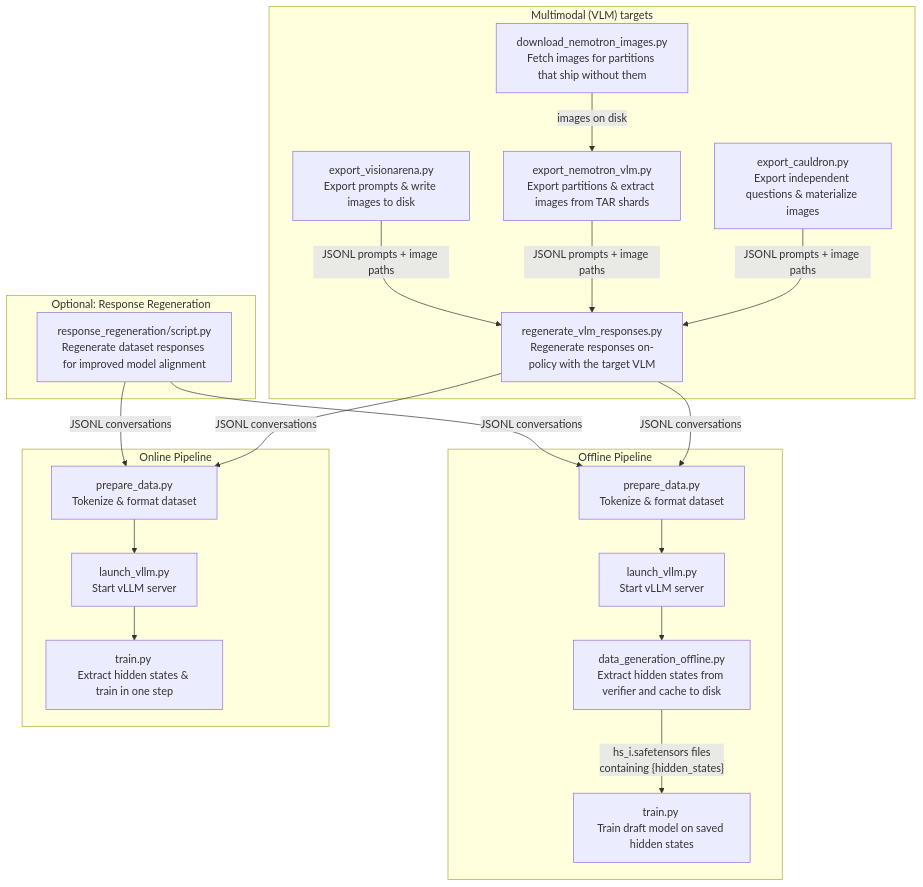
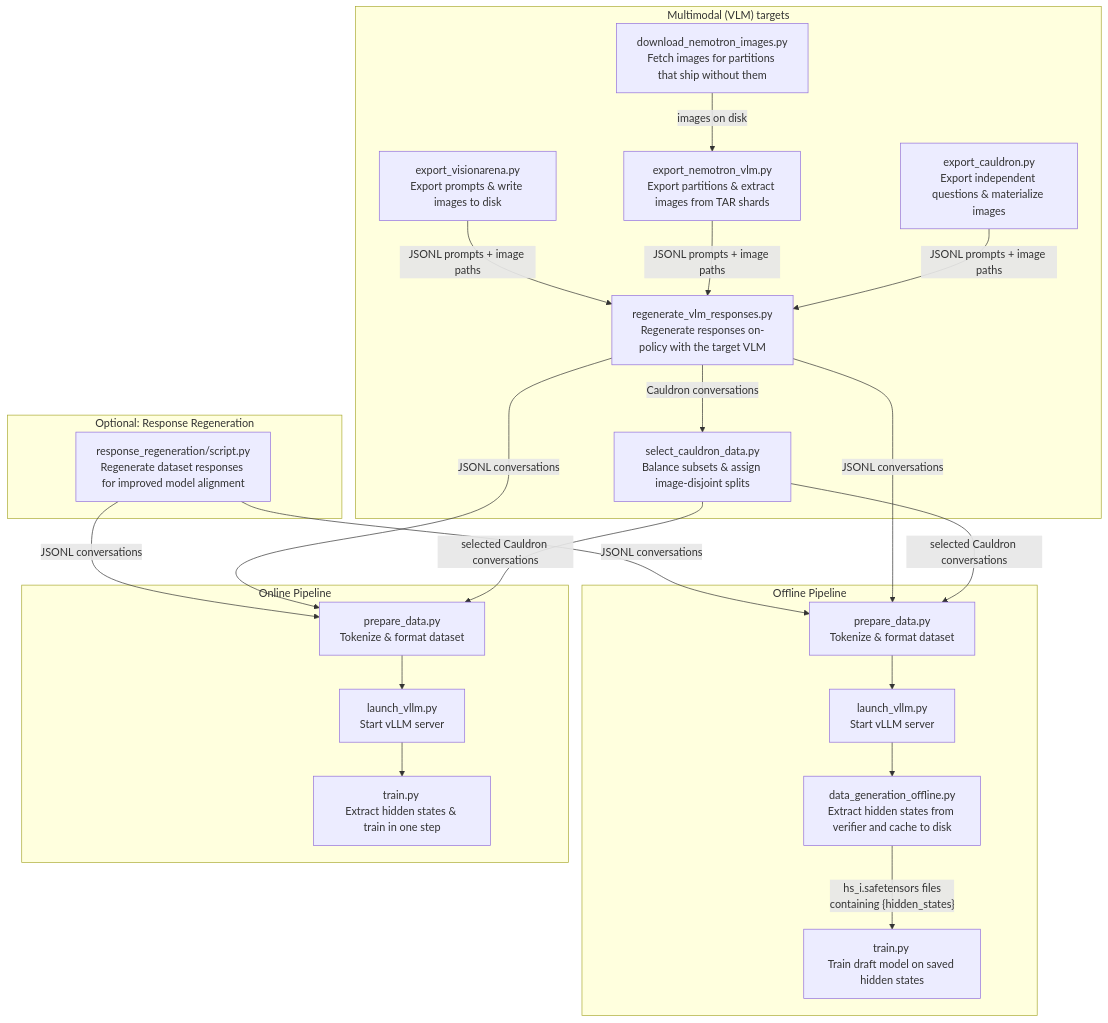
Before and after one commit to johncalesp/speculators: the diagram in docs/cli/index.md, drawn with Mermaid. The commit also changed other lines of this file and 9 other files, not shown here.

````diff
--- a/docs/cli/index.md
+++ b/docs/cli/index.md
@@ -26,51 +27,56 @@
 ```mermaid
 flowchart TD
     subgraph optional ["Optional: Response Regeneration"]
         A["response_regeneration/script.py\nRegenerate dataset responses for improved model alignment"]
     end
 
     subgraph vlm ["Multimodal (VLM) targets"]
         V1["export_visionarena.py\nExport prompts & write images to disk"]
         V3["export_nemotron_vlm.py\nExport partitions & extract images from TAR shards"]
         V5["export_cauldron.py\nExport independent questions & materialize images"]
+        V6["select_cauldron_data.py\nBalance subsets & assign image-disjoint splits"]
         V4["download_nemotron_images.py\nFetch images for partitions that ship without them"]
         V2["regenerate_vlm_responses.py\nRegenerate responses on-policy with the target VLM"]
         V4 -- "images on disk" --> V3
         V1 -- "JSONL prompts + image paths" --> V2
         V3 -- "JSONL prompts + image paths" --> V2
         V5 -- "JSONL prompts + image paths" --> V2
+        V2 -- "Cauldron conversations" --> V6
     end
 
     subgraph offline ["Offline Pipeline"]
         B["prepare_data.py\nTokenize & format dataset"]
         C["launch_vllm.py\nStart vLLM server"]
         D["data_generation_offline.py\nExtract hidden states from verifier and cache to disk"]
         E["train.py \nTrain draft model on saved hidden states"]
     end
 
     subgraph online ["Online Pipeline"]
         F["prepare_data.py\nTokenize & format dataset"]
         G["launch_vllm.py\nStart vLLM server"]
         H["train.py \nExtract hidden states & train in one step"]
     end
 
     A -- "JSONL conversations" --> B
     A -- "JSONL conversations" --> F
     V2 -- "JSONL conversations" --> B
     V2 -- "JSONL conversations" --> F
+    V6 -- "selected Cauldron conversations" --> B
+    V6 -- "selected Cauldron conversations" --> F
     B --> C --> D -- "hs_i.safetensors files\ncontaining {hidden_states}" --> E
     F --> G --> H
 
     click B "prepare_data/" _self
     click F "prepare_data/" _self
     click C "launch_vllm/" _self
     click G "launch_vllm/" _self
     click D "data_generation_offline/" _self
     click E "train/" _self
     click A "response_regeneration/" _self
     click H "train/" _self
     click V1 "vlm_data/" _self
     click V2 "vlm_data/" _self
     click V3 "vlm_data/" _self
     click V5 "vlm_data/" _self
+    click V6 "vlm_data/" _self
 ```
````
